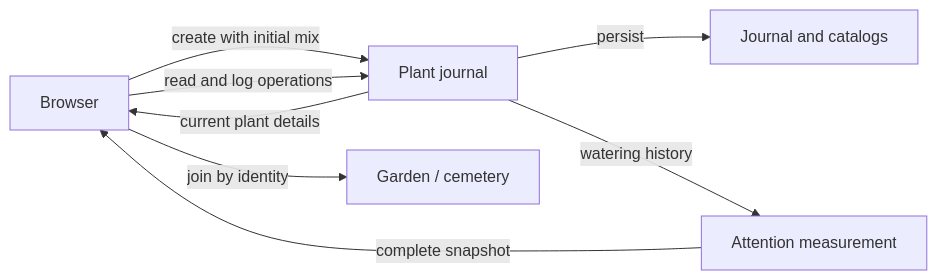
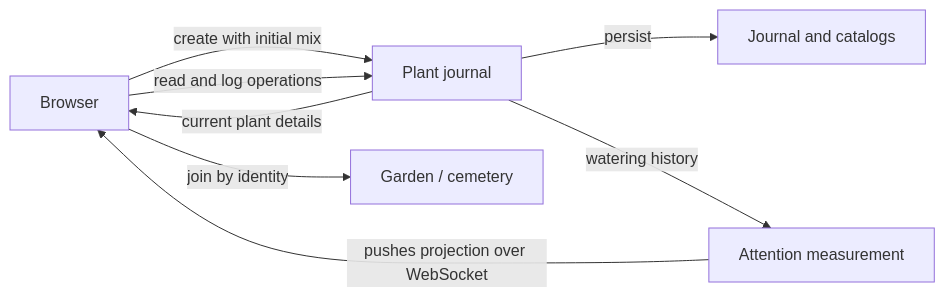
One commit to cosminci/gardening changed the second of 2 diagrams in specs/design.md. Above: the diagram before and after it, drawn with Mermaid. The commit also changed other lines of this file and 2 other files, not shown here.

Commit message:
Archive the live-plant-attention spec and sync living docs (#77)
Move the live-plant-attention change spec into the dated archive now that
its implementation has landed, and apply its Doc Sync:

- design.md: the attention edge now pushes the projection to the browser
  over a WebSocket, and startup no longer requires an initial attention
  read to serve the app.
- contracts.md: add the WebSocket attention feed as a second protocol
  surface, distinct from the generated OpenAPI HTTP contract.

````diff
--- a/specs/design.md
+++ b/specs/design.md
@@ -30,10 +30,10 @@
 ```mermaid
 flowchart LR
   Browser -->|create with initial mix| Journal["Plant journal"]
   Browser -->|read and log operations| Journal
   Journal -->|persist| Storage["Journal and catalogs"]
   Journal -->|watering history| Monitor["Attention measurement"]
-  Monitor -->|complete snapshot| Browser
+  Monitor -->|pushes projection over WebSocket| Browser
   Journal -->|current plant details| Browser
   Browser -->|join by identity| Garden["Garden / cemetery"]
 ```
````
